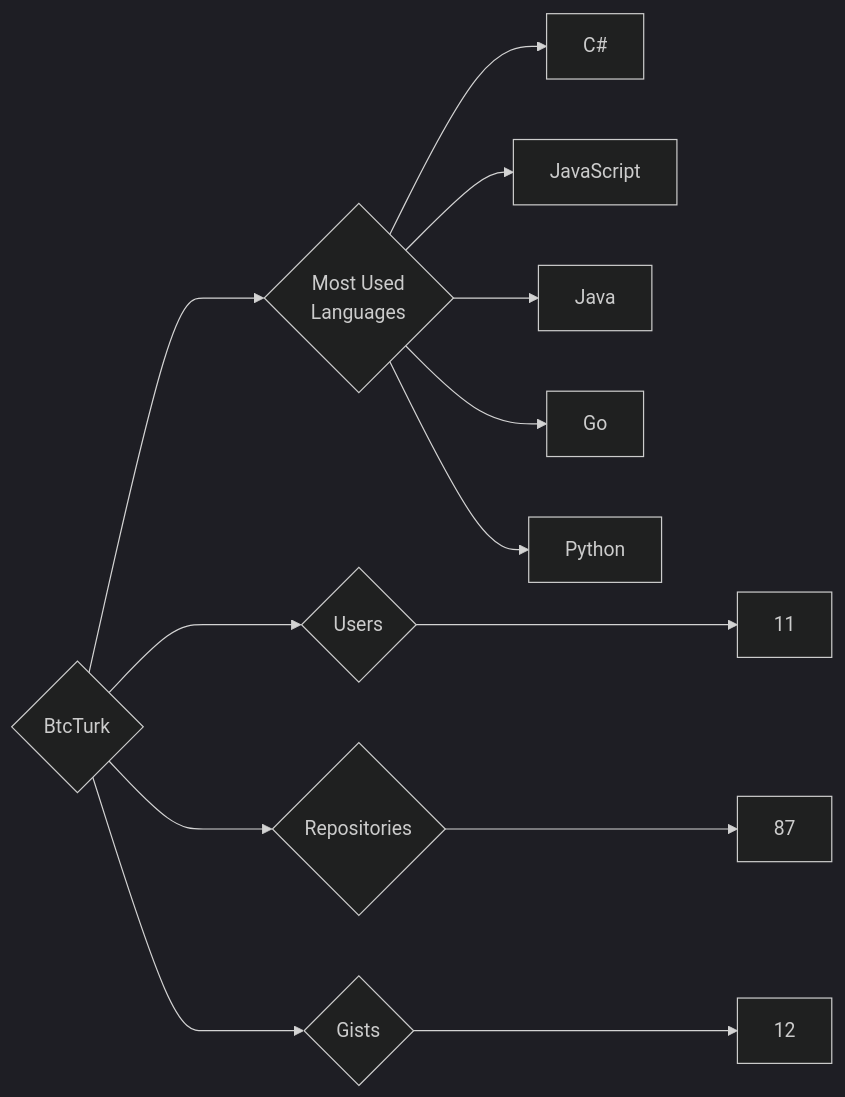
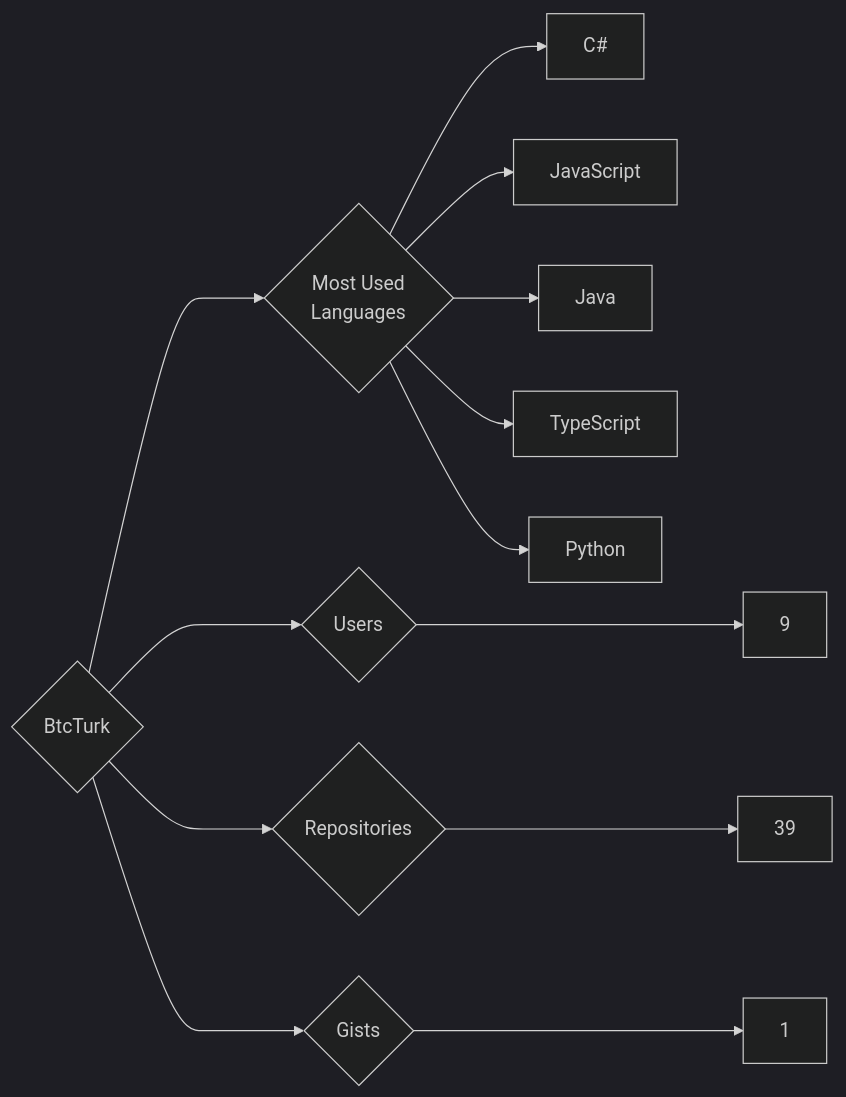
One commit to trickest/insiders changed the diagram in targets/BtcTurk/README.md. Above: the diagram before and after it, drawn with Mermaid (dark theme). The commit also changed 594 other files, not shown here.

````diff
--- a/targets/BtcTurk/README.md
+++ b/targets/BtcTurk/README.md
@@ -3,13 +3,13 @@
 ```mermaid
 graph LR
 COMPANY_NAME{BtcTurk}
-COMPANY_NAME ---> U{Users} ---> UN[11]
-COMPANY_NAME ---> R{Repositories} ---> RN[87]
-COMPANY_NAME ---> G{Gists} ---> GN[12]
+COMPANY_NAME ---> U{Users} ---> UN[9]
+COMPANY_NAME ---> R{Repositories} ---> RN[39]
+COMPANY_NAME ---> G{Gists} ---> GN[1]
 COMPANY_NAME ---> ML{Most Used<br>Languages}
 ML --> C#[C#]
 ML --> JavaScript[JavaScript]
 ML --> Java[Java]
-ML --> Go[Go]
+ML --> TypeScript[TypeScript]
 ML --> Python[Python]
 ```
````
